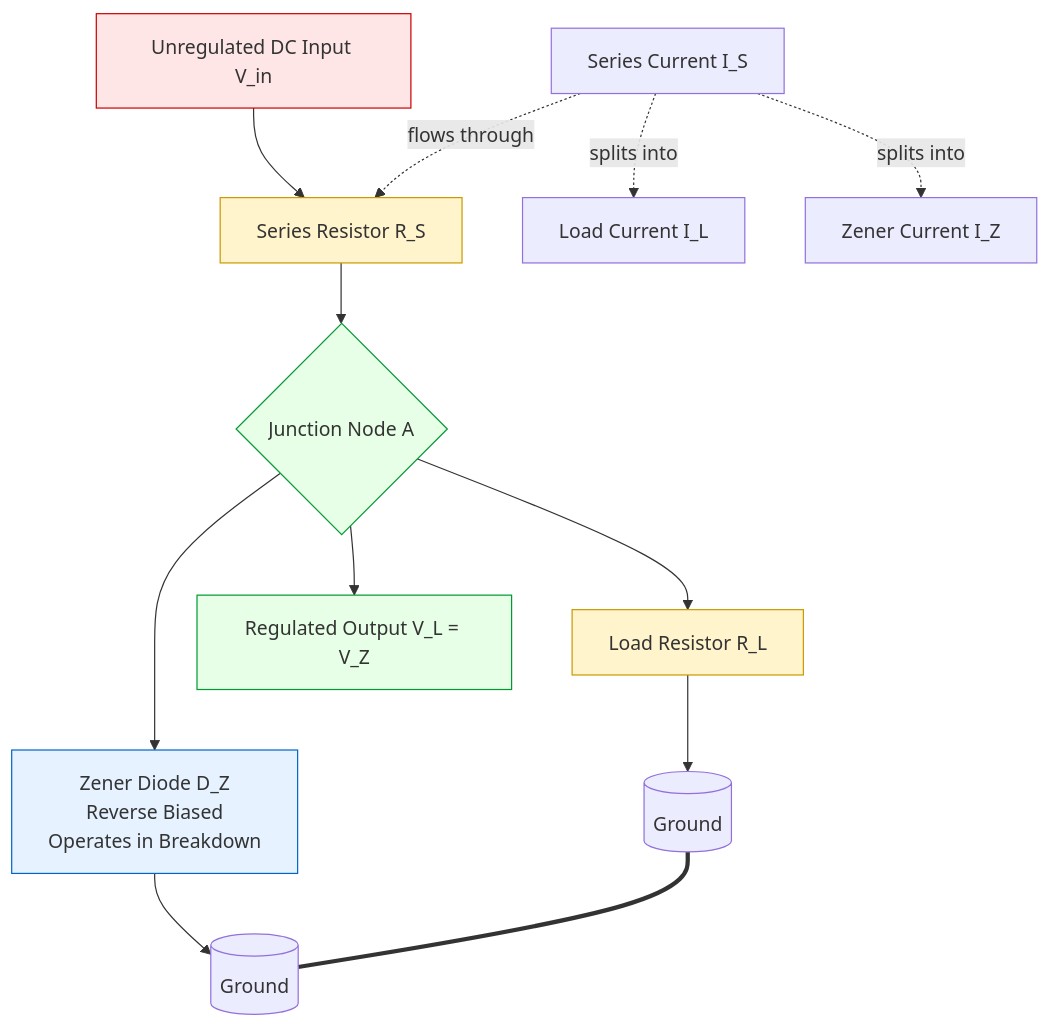
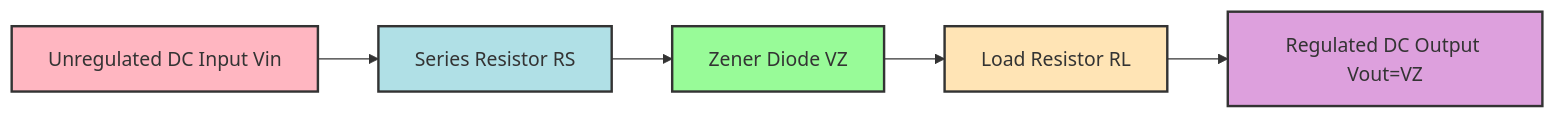
One commit to vishnuu-kr/ktunode changed the third of 5 diagrams in public/notes/computer-science-and-engineering/semester-1/gapht121-physics-for-information-science/04-module-4-semiconductor-devices/applications/notes.md. Above: the diagram before and after it, drawn with Mermaid. The commit also changed other lines of this file and 4829 other files, not shown here.

````diff
--- a/public/notes/computer-science-and-engineering/semester-1/gapht121-physics-for-information-science/04-module-4-semiconductor-devices/applications/notes.md
+++ b/public/notes/computer-science-and-engineering/semester-1/gapht121-physics-for-information-science/04-module-4-semiconductor-devices/applications/notes.md
@@ -683,25 +485,12 @@
 ```mermaid
-flowchart TD
-    VIN[Unregulated DC Input V_in] --> RS[Series Resistor R_S]
-    RS --> NODE_A{Junction Node A}
-    NODE_A --> RL[Load Resistor R_L]
-    NODE_A --> DZ[Zener Diode D_Z<br/>Reverse Biased<br/>Operates in Breakdown]
-    RL --> GND1[(Ground)]
-    DZ --> GND2[(Ground)]
-    GND1 === GND2
-    NODE_A --> VOUT[Regulated Output V_L = V_Z]
-
-    IS[Series Current I_S] -. flows through .-> RS
-    IS -. splits into .-> IL[Load Current I_L]
-    IS -. splits into .-> IZ[Zener Current I_Z]
-
-    classDef inputStyle fill:#ffe6e6,stroke:#cc0000
-    classDef resStyle fill:#fff4cc,stroke:#cc9900
-    classDef zenerStyle fill:#e6f2ff,stroke:#0066cc
-    classDef outStyle fill:#e6ffe6,stroke:#009933
-
-    class VIN inputStyle
-    class RS,RL resStyle
-    class DZ zenerStyle
-    class VOUT,NODE_A outStyle
+flowchart LR
+    A[Unregulated DC Input Vin] --> B[Series Resistor RS]
+    B --> C[Zener Diode VZ]
+    C --> D[Load Resistor RL]
+    D --> E[Regulated DC Output Vout=VZ]
+    style A fill:#FFB6C1,stroke:#333,stroke-width:2px
+    style B fill:#B0E0E6,stroke:#333,stroke-width:2px
+    style C fill:#98FB98,stroke:#333,stroke-width:2px
+    style D fill:#FFE4B5,stroke:#333,stroke-width:2px
+    style E fill:#DDA0DD,stroke:#333,stroke-width:2px
 ```
````
